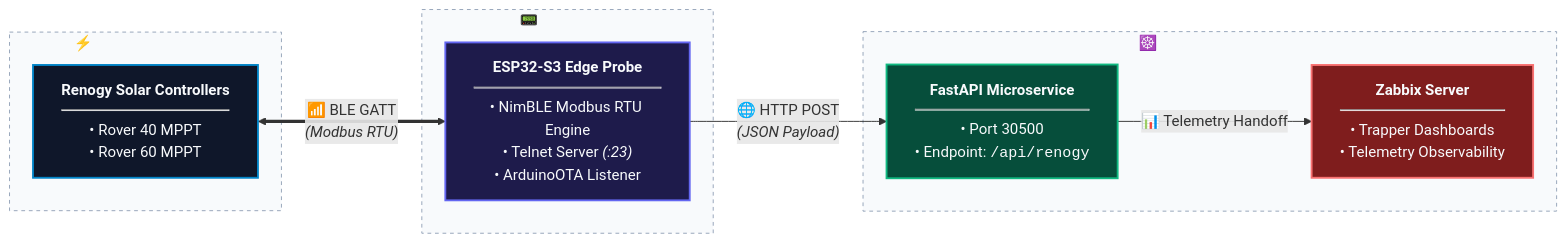
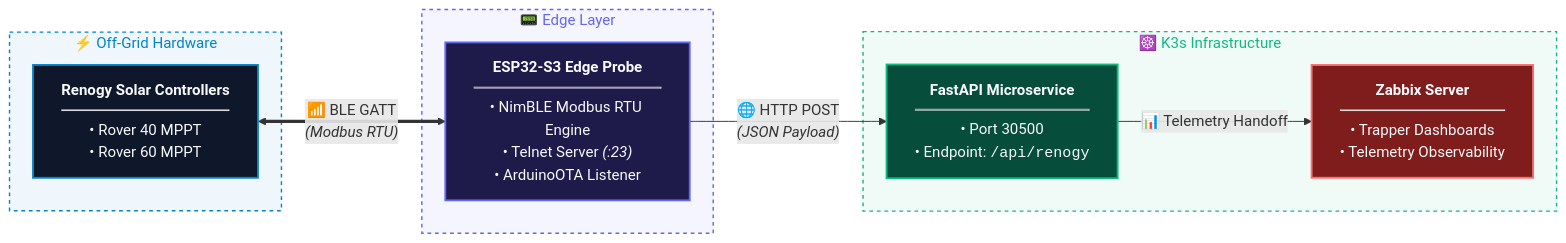
Before and after one commit to vinas1/solar-microservice: the diagram in README.md, drawn with Mermaid.

Commit message:
Update Mermaid diagram styling in README.md

````diff
--- a/README.md
+++ b/README.md
@@ -82,30 +82,30 @@
 ```mermaid
 flowchart LR
-    %% Palette & Styling
+    %% Palette & Node Styling
     classDef hardware fill:#0f172a,stroke:#0284c7,stroke-width:2px,color:#f8fafc
     classDef firmware fill:#1e1b4b,stroke:#6366f1,stroke-width:2px,color:#f8fafc
     classDef cluster fill:#064e3b,stroke:#10b981,stroke-width:2px,color:#f8fafc
     classDef zabbix fill:#7f1d1d,stroke:#f87171,stroke-width:2px,color:#f8fafc
 
     subgraph HW ["⚡ Off-Grid Hardware"]
         RC["<b>Renogy Solar Controllers</b><hr/>• Rover 40 MPPT<br/>• Rover 60 MPPT"]:::hardware
     end
 
     subgraph Edge ["📟 Edge Layer"]
         EP["<b>ESP32-S3 Edge Probe</b><hr/>• NimBLE Modbus RTU Engine<br/>• Telnet Server <i>(:23)</i><br/>• ArduinoOTA Listener"]:::firmware
     end
 
     subgraph K3s ["☸️ K3s Infrastructure"]
         API["<b>FastAPI Microservice</b><hr/>• Port 30500<br/>• Endpoint: <code>/api/renogy</code>"]:::cluster
         ZAB["<b>Zabbix Server</b><hr/>• Trapper Dashboards<br/>• Telemetry Observability"]:::zabbix
     end
 
     RC <== "📶 BLE GATT<br/><i>(Modbus RTU)</i>" ==> EP
     EP -- "🌐 HTTP POST<br/><i>(JSON Payload)</i>" --> API
     API -- "📊 Telemetry Handoff" --> ZAB
 
-    %% Subgraph Styling
-    style HW fill:#f8fafc,stroke:#94a3b8,stroke-width:1px,stroke-dasharray: 4 4
-    style Edge fill:#f8fafc,stroke:#94a3b8,stroke-width:1px,stroke-dasharray: 4 4
-    style K3s fill:#f8fafc,stroke:#94a3b8,stroke-width:1px,stroke-dasharray: 4 4
+    %% Subgraph Box & Text Contrast Styling
+    style HW fill:#0284c710,stroke:#0284c7,stroke-width:1.5px,stroke-dasharray: 4 4,color:#0284c7
+    style Edge fill:#6366f110,stroke:#6366f1,stroke-width:1.5px,stroke-dasharray: 4 4,color:#6366f1
+    style K3s fill:#10b98110,stroke:#10b981,stroke-width:1.5px,stroke-dasharray: 4 4,color:#10b981
 ```
````
